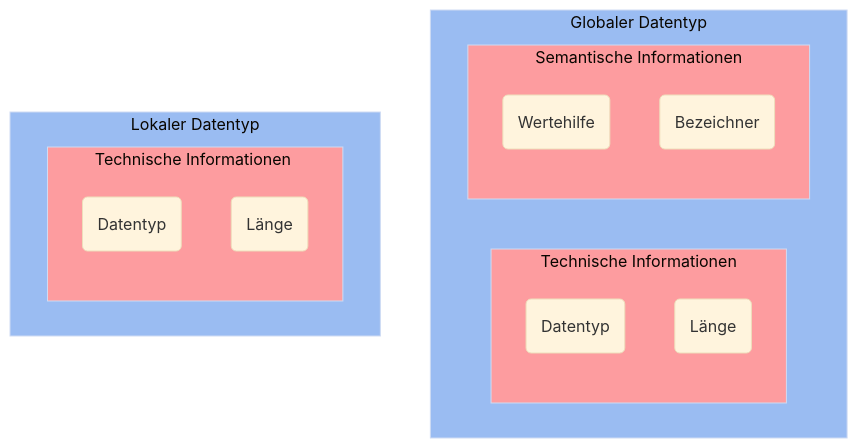
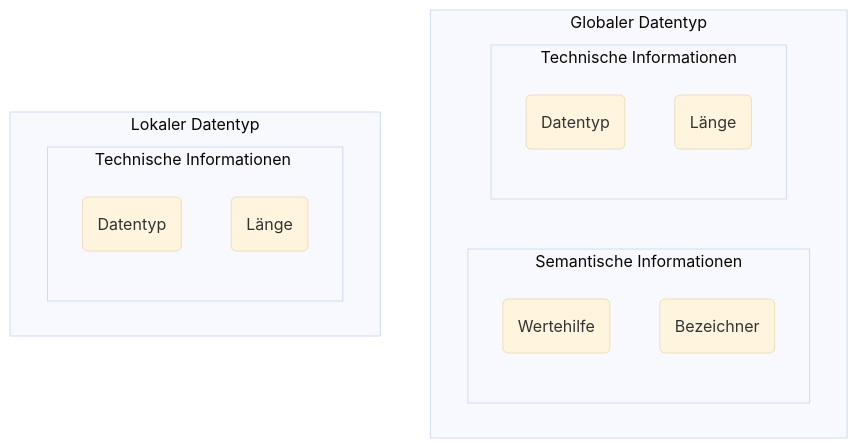
One commit to appenmaier/s4hana changed the diagram in docs/documentation/abap/data-types.md. Above: the diagram before and after it, drawn with Mermaid (base theme). The commit also changed other lines of this file and 35 other files, not shown here.

````diff
--- a/docs/documentation/abap/data-types.md
+++ b/docs/documentation/abap/data-types.md
@@ -36,27 +36,22 @@
 ```mermaid
 flowchart
 
     subgraph Globaler&#160Datentyp
+        subgraph Semantische&#160Informationen
+            valueHelp(Wertehilfe)
+            label(Bezeichner)
+        end
         subgraph Technische&#160Informationen
             type(Datentyp)
             length(Länge)
         end
-        subgraph Semantische&#160Informationen
-            valueHelp(Wertehilfe)
-            label(Bezeichner)
-        end
+
     end
 
     subgraph Lokaler&#160Datentyp
         subgraph Technische&#160Informationen&#160
             type2(Datentyp)
             length2(Länge)
         end
     end
-
-    style Globaler&#160Datentyp fill:#9abcf2
-    style Lokaler&#160Datentyp fill:#9abcf2
-    style Semantische&#160Informationen fill:#fd9c9f
-    style Technische&#160Informationen fill:#fd9c9f
-    style Technische&#160Informationen&#160 fill:#fd9c9f
 ```
````
